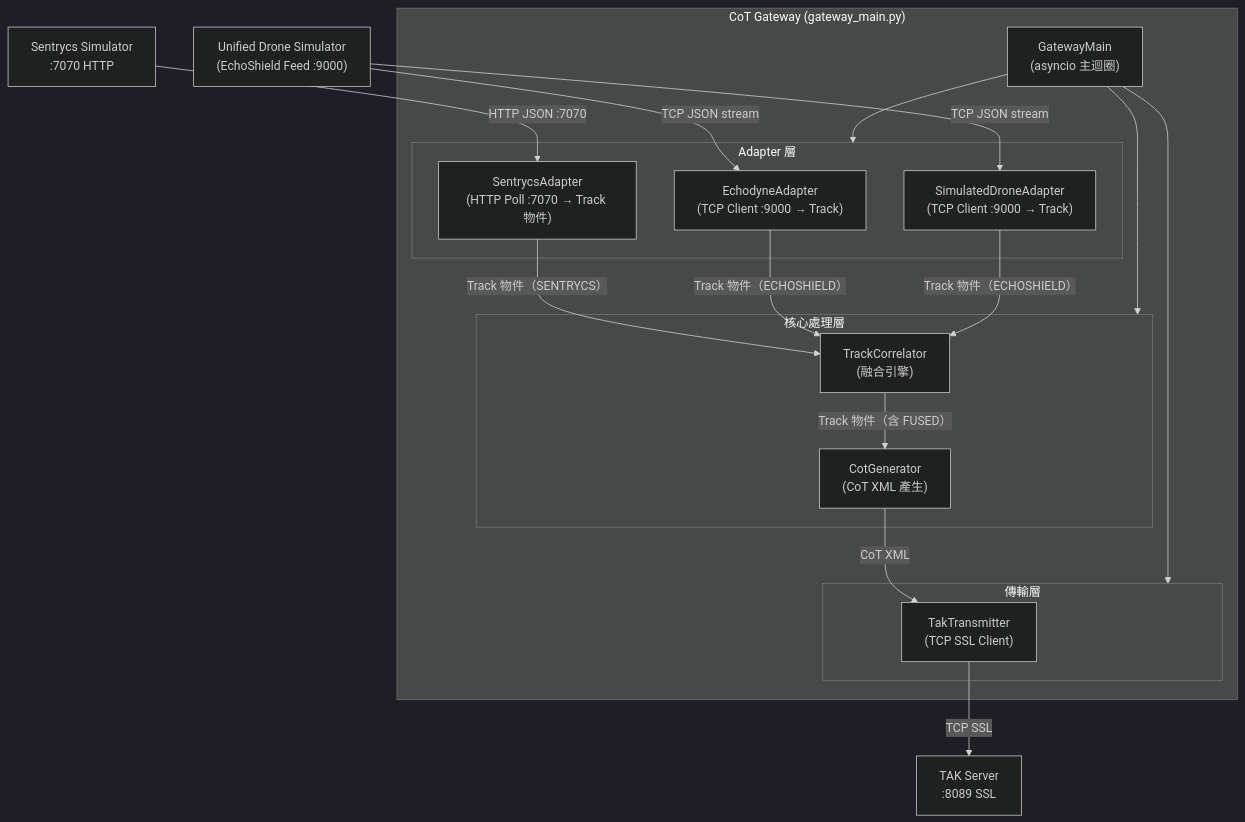
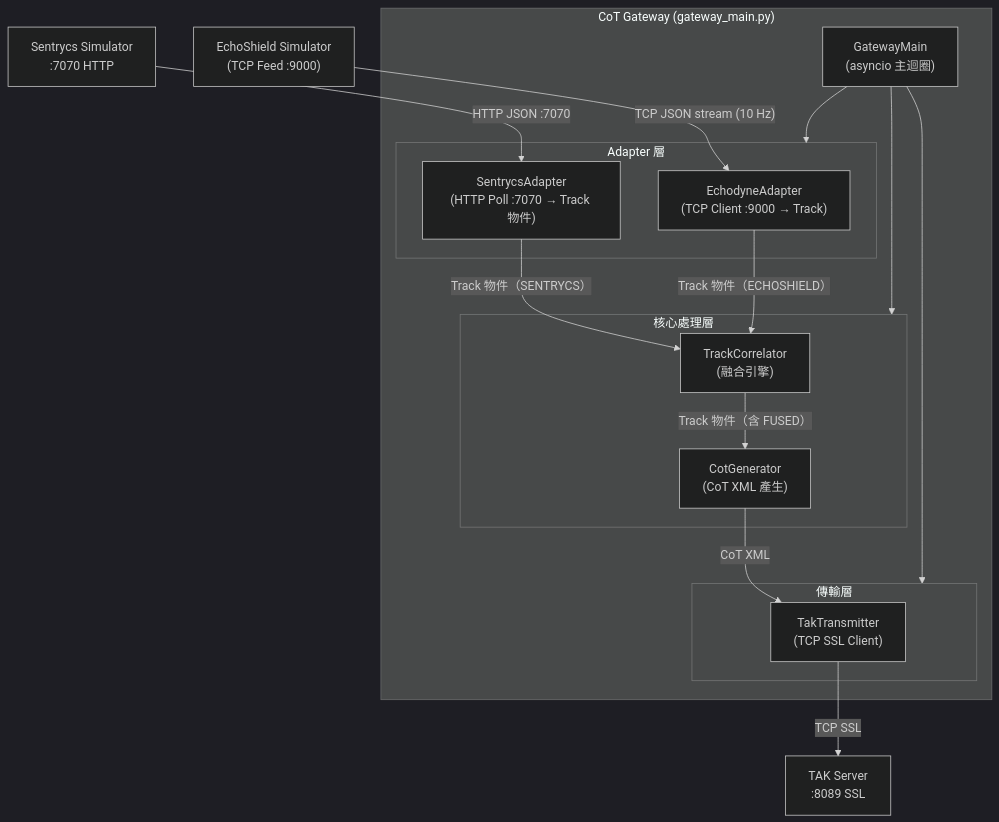
One commit to aplool-tw/cics-tak-demo changed the diagram in docs/system-docs/04-cot-gateway-spec.md. Above: the diagram before and after it, drawn with Mermaid (dark theme). The commit also changed other lines of this file and 2 other files, not shown here.

First line of the commit message:
docs(system-docs): simplify to 3-layer architecture, remove SimulatedDroneAdapter

````diff
--- a/docs/system-docs/04-cot-gateway-spec.md
+++ b/docs/system-docs/04-cot-gateway-spec.md
@@ -33,38 +33,35 @@
 ```mermaid
 
 flowchart TD
     subgraph GATEWAY["CoT Gateway (gateway_main.py)"]
         GM["GatewayMain\n(asyncio 主迴圈)"]
 
         subgraph ADAPTERS["Adapter 層"]
             EA["EchodyneAdapter\n(TCP Client :9000 → Track)"]
-            SDA["SimulatedDroneAdapter\n(TCP Client :9000 → Track)"]
             SC_A["SentrycsAdapter\n(HTTP Poll :7070 → Track 物件)"]
         end
 
         subgraph CORE["核心處理層"]
             TC["TrackCorrelator\n(融合引擎)"]
             CG["CotGenerator\n(CoT XML 產生)"]
         end
 
         subgraph TRANSMIT["傳輸層"]
             TT["TakTransmitter\n(TCP SSL Client)"]
         end
     end
 
-    ES_SIM["Unified Drone Simulator\n(EchoShield Feed :9000)"]
+    ES_SIM["EchoShield Simulator\n(TCP Feed :9000)"]
     SC_SIM["Sentrycs Simulator\n:7070 HTTP"] -->|HTTP JSON :7070| SC_A
     TAK["TAK Server\n:8089 SSL"]
 
-    ES_SIM -->|TCP JSON stream| EA
-    ES_SIM -->|TCP JSON stream| SDA
+    ES_SIM -->|"TCP JSON stream (10 Hz)"| EA
     SC_A -->|Track 物件（SENTRYCS）| TC
     EA -->|Track 物件（ECHOSHIELD）| TC
-    SDA -->|Track 物件（ECHOSHIELD）| TC
     TC -->|Track 物件（含 FUSED）| CG
     CG -->|CoT XML| TT
     TT -->|TCP SSL| TAK
     GM --> ADAPTERS
     GM --> CORE
     GM --> TRANSMIT
 ```
````
